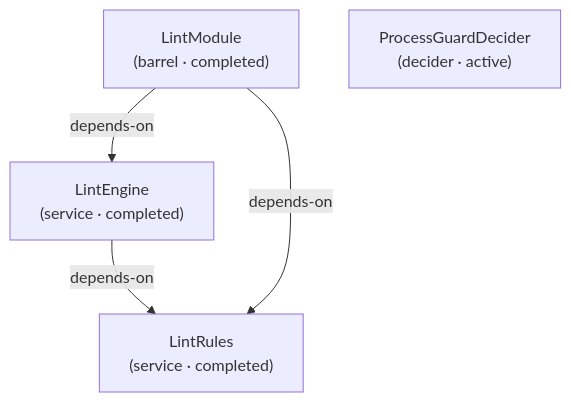
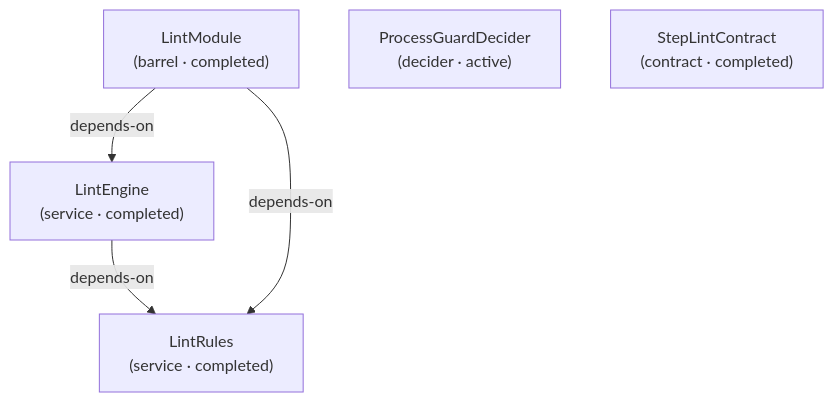
Before and after one commit to libar-dev/architect: diagram 13 of 24 in docs-live/DESIGN-REVIEW.md, drawn with Mermaid. The commit also changed other lines of this file and 185 other files, not shown here.

Commit message:
refactor(architect): replace facade with frozen graph handle

````diff
--- a/docs-live/DESIGN-REVIEW.md
+++ b/docs-live/DESIGN-REVIEW.md
@@ -332,10 +332,11 @@
 ```mermaid
 graph TD
   lintengine["LintEngine<br/>(service · completed)"]
   lintmodule["LintModule<br/>(barrel · completed)"]
   lintrules["LintRules<br/>(service · completed)"]
   processguarddecider["ProcessGuardDecider<br/>(decider · active)"]
+  steplintcontract["StepLintContract<br/>(contract · completed)"]
   lintengine -->|depends-on| lintrules
   lintmodule -->|depends-on| lintengine
   lintmodule -->|depends-on| lintrules
 ```
````
